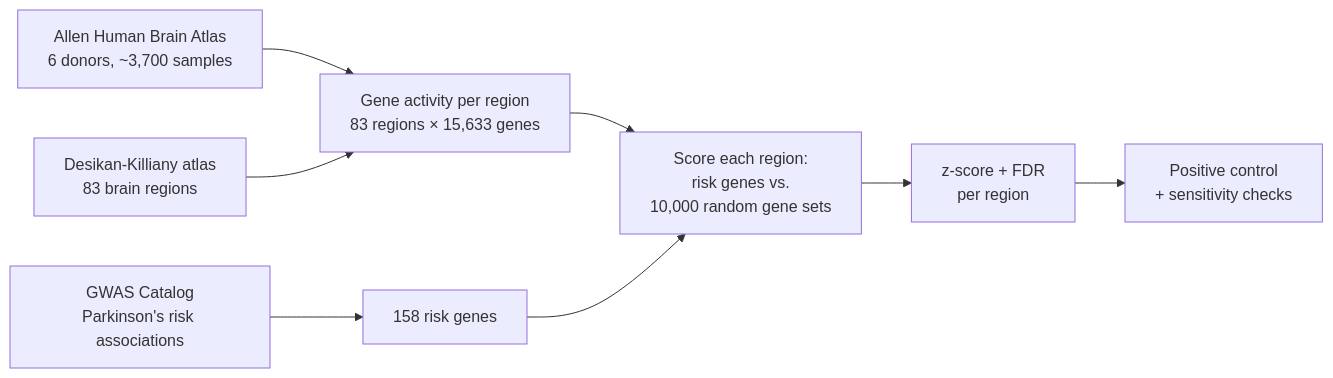
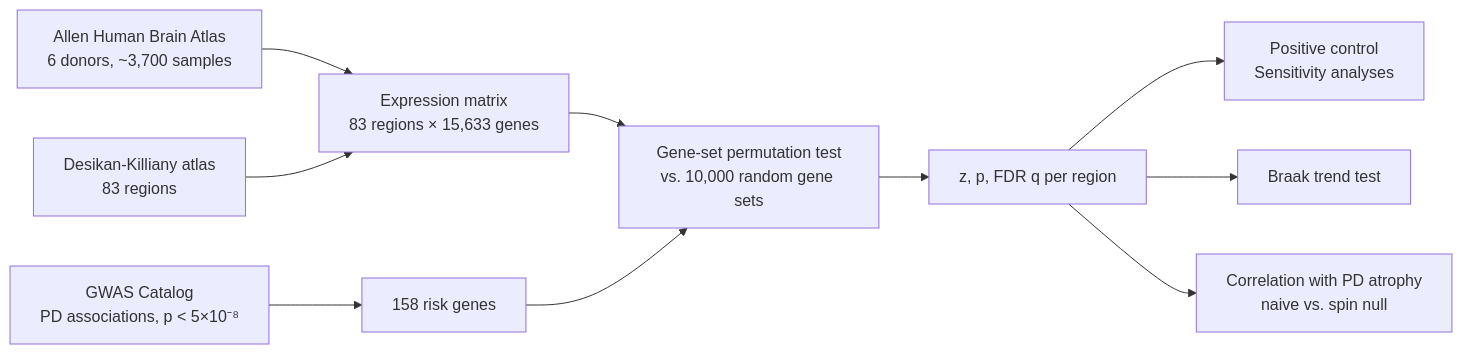
One commit to Aditya-Tapse/parkinsons-risk-gene-map changed the diagram in README.md. Above: the diagram before and after it, drawn with Mermaid. The commit also changed other lines of this file and 17 other files, not shown here.

````diff
--- a/README.md
+++ b/README.md
@@ -22,10 +22,12 @@
 ```mermaid
 flowchart LR
-    A["Allen Human Brain Atlas<br/>6 donors, ~3,700 samples"] --> C["Gene activity per region<br/>83 regions × 15,633 genes"]
-    B["Desikan-Killiany atlas<br/>83 brain regions"] --> C
-    D["GWAS Catalog<br/>Parkinson's risk associations"] --> E["158 risk genes"]
-    C --> F["Score each region:<br/>risk genes vs.<br/>10,000 random gene sets"]
+    A["Allen Human Brain Atlas<br/>6 donors, ~3,700 samples"] --> C["Expression matrix<br/>83 regions × 15,633 genes"]
+    B["Desikan-Killiany atlas<br/>83 regions"] --> C
+    D["GWAS Catalog<br/>PD associations, p < 5×10⁻⁸"] --> E["158 risk genes"]
+    C --> F["Gene-set permutation test<br/>vs. 10,000 random gene sets"]
     E --> F
-    F --> G["z-score + FDR<br/>per region"]
-    G --> H["Positive control<br/>+ sensitivity checks"]
+    F --> G["z, p, FDR q per region"]
+    G --> H["Positive control<br/>Sensitivity analyses"]
+    G --> I["Braak trend test"]
+    G --> J["Correlation with PD atrophy<br/>naive vs. spin null"]
 ```
````
